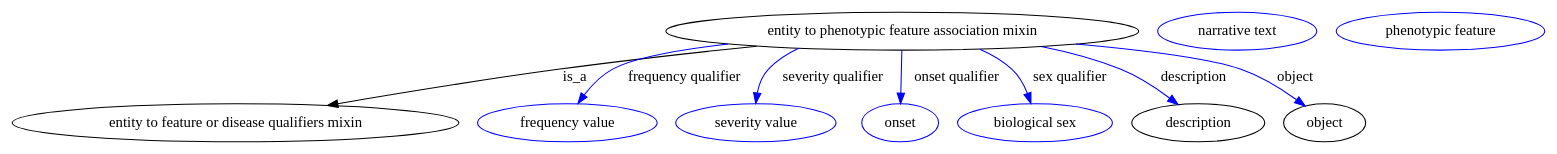
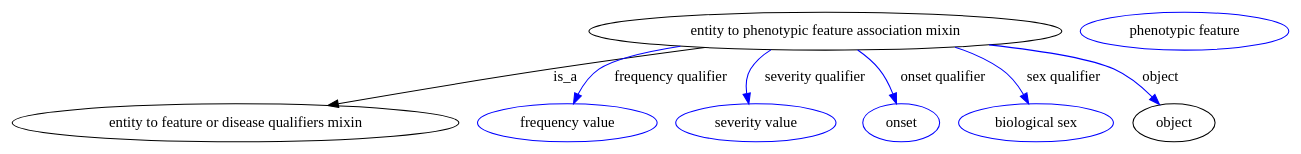
The diagram in graphviz/entity_to_phenotypic_feature_association_mixin.gv (biolink/biolink-model), drawn with Graphviz before and after one commit. The commit also changed 8 other files, not shown here.

```diff
--- a/graphviz/entity_to_phenotypic_feature_association_mixin.gv
+++ b/graphviz/entity_to_phenotypic_feature_association_mixin.gv
@@ -1,80 +1,67 @@
 digraph {
-	graph [bb="0,0,1452.7,123"];
+	graph [bb="0,0,1210.7,123"];
 	node [label="\N"];
 	"entity to phenotypic feature association mixin"	[height=0.5,
 		label="entity to phenotypic feature association mixin",
-		pos="843.88,105",
+		pos="770.88,105",
 		width=6.2286];
 	"entity to feature or disease qualifiers mixin"	[height=0.5,
 		pos="211.88,18",
 		width=5.8856];
 	"entity to phenotypic feature association mixin" -> "entity to feature or disease qualifiers mixin"	[label=is_a,
-		lp="533.88,61.5",
-		pos="e,298.99,34.412 706.13,90.757 648.49,84.791 580.86,77.237 519.88,69 449.07,59.434 369.46,46.452 308.92,36.113"];
+		lp="524.88,61.5",
+		pos="e,299.42,34.394 656.86,89.451 611.4,83.441 558.62,76.203 510.88,69 443.48,58.831 367.76,46.155 309.38,36.11"];
 	"frequency qualifier"	[color=blue,
 		height=0.5,
 		label="frequency value",
 		pos="526.88,18",
 		width=2.3651];
 	"entity to phenotypic feature association mixin" -> "frequency qualifier"	[color=blue,
 		label="frequency qualifier",
-		lp="636.88,61.5",
-		pos="e,536.67,36.301 677.83,92.83 631.77,87.549 588.9,79.919 568.88,69 558.37,63.264 549.38,53.746 542.44,44.545",
+		lp="623.88,61.5",
+		pos="e,532.42,36.068 632.62,90.806 599.44,85.567 569.62,78.468 555.88,69 547.51,63.23 541.22,54.193 536.68,45.379",
 		style=solid];
 	"severity qualifier"	[color=blue,
 		height=0.5,
 		label="severity value",
 		pos="705.88,18",
 		width=2.1123];
 	"entity to phenotypic feature association mixin" -> "severity qualifier"	[color=blue,
 		label="severity qualifier",
-		lp="777.88,61.5",
-		pos="e,705.41,36.357 745.13,88.744 734.59,83.812 724.83,77.378 716.88,69 711.12,62.925 708.11,54.55 706.6,46.389",
+		lp="760.88,61.5",
+		pos="e,698.73,35.931 719.17,87.291 711.5,82.575 704.6,76.585 699.88,69 695.64,62.186 695.22,53.831 696.41,45.916",
 		style=solid];
 	"onset qualifier"	[color=blue,
 		height=0.5,
 		label=onset,
-		pos="841.88,18",
+		pos="842.88,18",
 		width=1.011];
 	"entity to phenotypic feature association mixin" -> "onset qualifier"	[color=blue,
 		label="onset qualifier",
-		lp="895.38,61.5",
-		pos="e,842.29,36.175 843.48,86.799 843.2,75.163 842.84,59.548 842.52,46.237",
+		lp="882.38,61.5",
+		pos="e,838.4,36.046 801.56,87.12 808.91,82.02 816.25,75.911 821.88,69 827.46,62.149 831.77,53.602 834.99,45.523",
 		style=solid];
 	"sex qualifier"	[color=blue,
 		height=0.5,
 		label="biological sex",
-		pos="969.88,18",
+		pos="970.88,18",
 		width=2.0401];
 	"entity to phenotypic feature association mixin" -> "sex qualifier"	[color=blue,
 		label="sex qualifier",
-		lp="1002.9,61.5",
-		pos="e,966.05,36.402 917.51,87.892 928.57,83.13 939.16,76.968 947.88,69 954.62,62.838 959.41,54.235 962.75,45.901",
-		style=solid];
-	description	[height=0.5,
-		pos="1123.9,18",
-		width=1.7512];
-	"entity to phenotypic feature association mixin" -> description	[color=blue,
-		label=description,
-		lp="1119.4,61.5",
-		pos="e,1105.1,35.292 976,90.449 1001.4,85.407 1027.4,78.49 1050.9,69 1067.4,62.343 1083.8,51.495 1097,41.602",
+		lp="996.88,61.5",
+		pos="e,963.88,35.933 894.01,89.812 909.57,84.749 924.65,77.993 937.88,69 946.69,63.011 953.73,53.811 959.01,44.928",
 		style=solid];
 	object	[height=0.5,
-		pos="1243.9,18",
+		pos="1100.9,18",
 		width=1.0832];
 	"entity to phenotypic feature association mixin" -> object	[color=blue,
 		label=object,
-		lp="1215.9,61.5",
-		pos="e,1225.4,33.948 1008.2,92.737 1071.1,87.02 1134.7,79.116 1163.9,69 1183,62.362 1202.4,50.462 1217.2,39.936",
+		lp="1088.9,61.5",
+		pos="e,1087.5,35.345 927.08,92.017 976.02,86.544 1023,79.001 1044.9,69 1058.3,62.879 1070.8,52.401 1080.6,42.612",
 		style=solid];
-	"entity to phenotypic feature association mixin_description"	[color=blue,
-		height=0.5,
-		label="narrative text",
-		pos="1161.9,105",
-		width=2.0943];
 	"entity to phenotypic feature association mixin_object"	[color=blue,
 		height=0.5,
 		label="phenotypic feature",
-		pos="1353.9,105",
+		pos="1111.9,105",
 		width=2.7442];
 }
```
